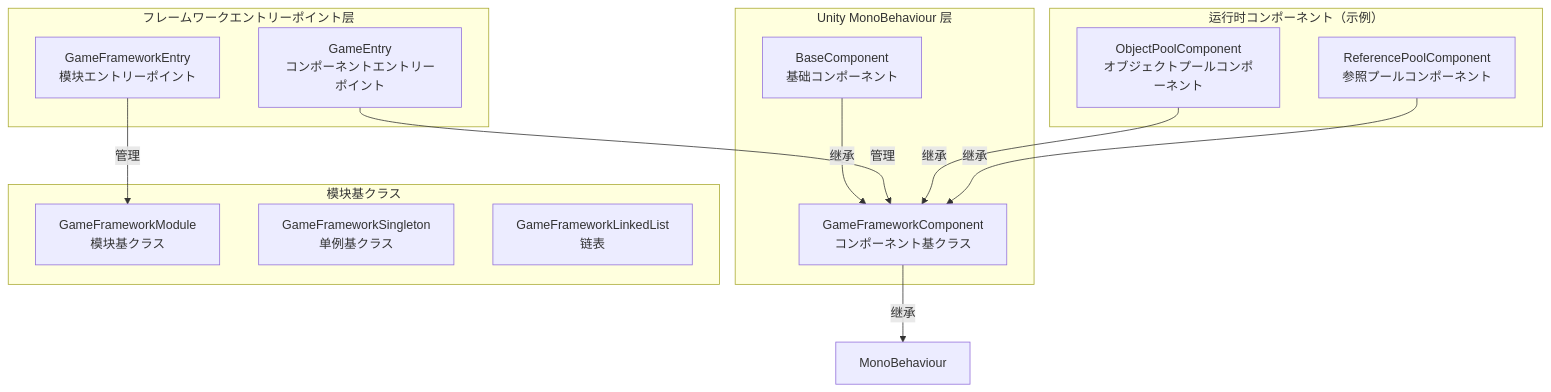
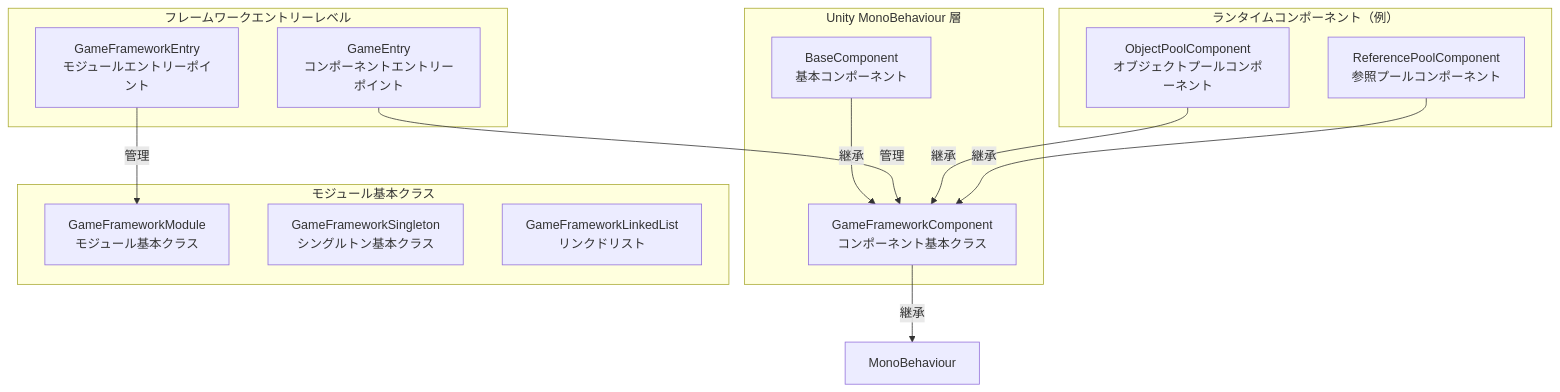
Before and after one commit to AlianBlank/GameFrameX.Docs: the first of 4 diagrams in docs/ja/client/unity/component/core/05.base.md, drawn with Mermaid. The commit also changed other lines of this file and 320 other files, not shown here.

````diff
--- a/docs/ja/client/unity/component/core/05.base.md
+++ b/docs/ja/client/unity/component/core/05.base.md
@@ -16,30 +16,30 @@
 ```mermaid
 graph TD
-    subgraph Unity层["Unity MonoBehaviour 层"]
-        GC[GameFrameworkComponent<br/>コンポーネント基クラス]
-        BC[BaseComponent<br/>基础コンポーネント]
+    subgraph Unity層["Unity MonoBehaviour 層"]
+        GC[GameFrameworkComponent<br/>コンポーネント基本クラス]
+        BC[BaseComponent<br/>基本コンポーネント]
     end
 
-    subgraph フレームワークエントリーポイント层["フレームワークエントリーポイント层"]
+    subgraph フレームワークエントリーレベル["フレームワークエントリーレベル"]
         GE[GameEntry<br/>コンポーネントエントリーポイント]
-        GFE[GameFrameworkEntry<br/>模块エントリーポイント]
+        GFE[GameFrameworkEntry<br/>モジュールエントリーポイント]
     end
 
-    subgraph 模块层["模块基クラス"]
-        GM[GameFrameworkModule<br/>模块基クラス]
-        GFS[GameFrameworkSingleton<br/>单例基クラス]
-        GFL[GameFrameworkLinkedList<br/>链表]
+    subgraph モジュールレベル["モジュール基本クラス"]
+        GM[GameFrameworkModule<br/>モジュール基本クラス]
+        GFS[GameFrameworkSingleton<br/>シングルトン基本クラス]
+        GFL[GameFrameworkLinkedList<br/>リンクドリスト]
     end
 
-    subgraph 运行时コンポーネント["运行时コンポーネント（示例）"]
+    subgraph ランタイムコンポーネント["ランタイムコンポーネント（例）"]
         OPC[ObjectPoolComponent<br/>オブジェクトプールコンポーネント]
         RPC[ReferencePoolComponent<br/>参照プールコンポーネント]
     end
 
-    GC -->|继承| MonoBehaviour
-    BC -->|继承| GC
+    GC -->|継承| MonoBehaviour
+    BC -->|継承| GC
     GE -->|管理| GC
     GFE -->|管理| GM
-    OPC -->|继承| GC
-    RPC -->|继承| GC
+    OPC -->|継承| GC
+    RPC -->|継承| GC
 ```
````
